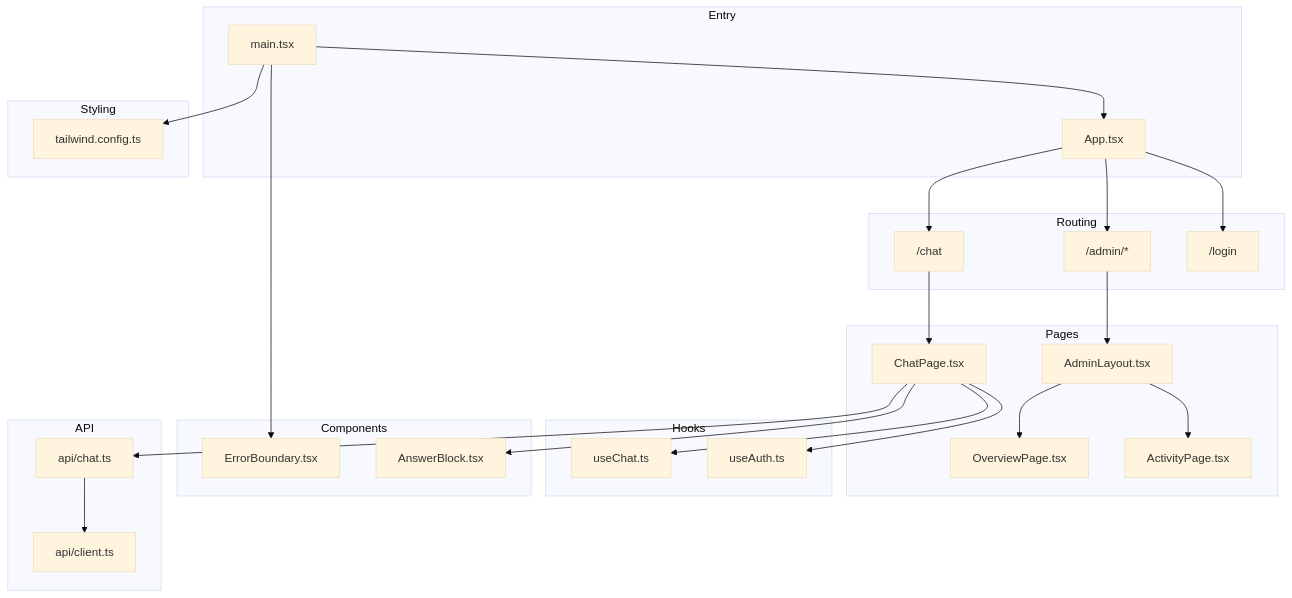
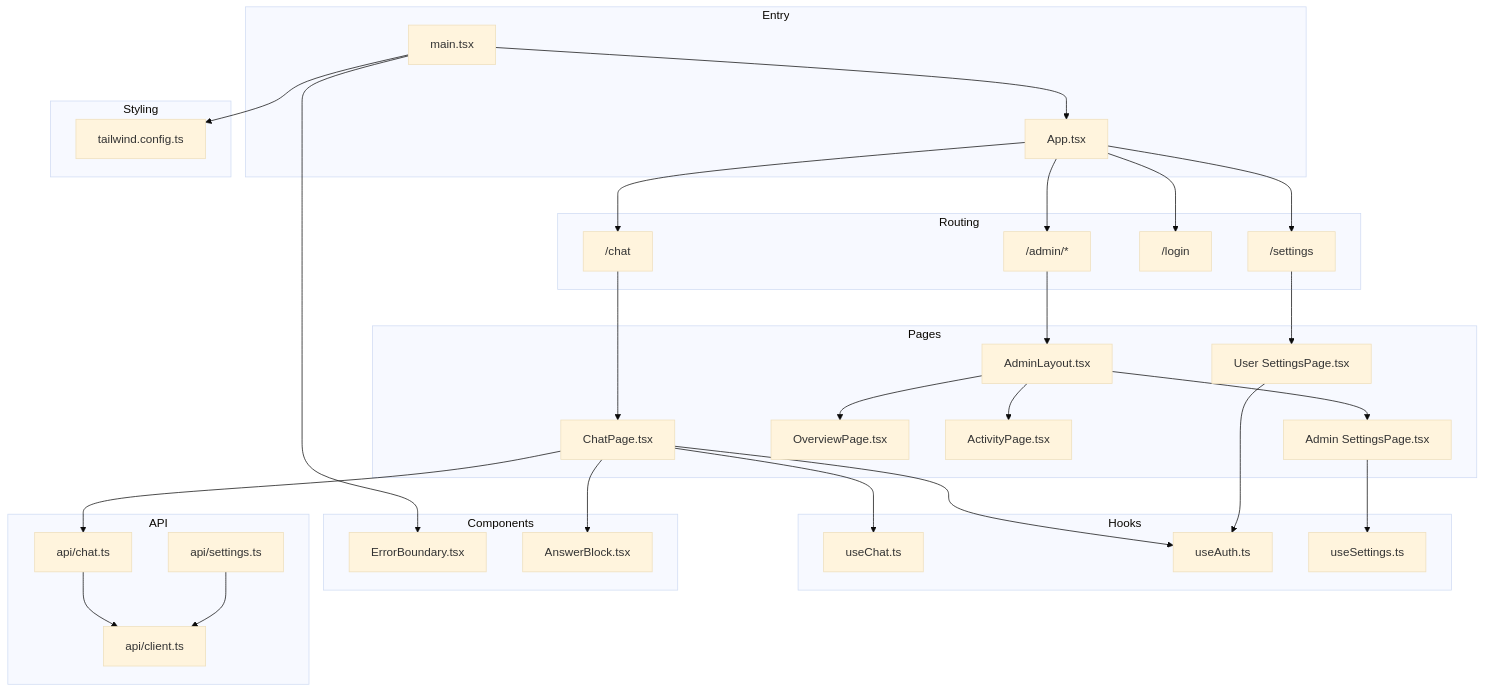
One commit to genes8/private-ai changed the first of 12 diagrams in .qoder/repowiki/en/content/Architecture and Design/Frontend Architecture.md. Above: the diagram before and after it, drawn with Mermaid (base theme). The commit also changed other lines of this file and 55 other files, not shown here.

````diff
--- a/.qoder/repowiki/en/content/Architecture and Design/Frontend Architecture.md
+++ b/.qoder/repowiki/en/content/Architecture and Design/Frontend Architecture.md
@@ -45,48 +56,59 @@
 ```mermaid
 graph TB
 subgraph "Entry"
 M["main.tsx"]
 A["App.tsx"]
 end
 subgraph "Routing"
 R1["/chat"]
 R2["/admin/*"]
 R3["/login"]
+R4["/settings"]
 end
 subgraph "Pages"
 CP["ChatPage.tsx"]
 AL["AdminLayout.tsx"]
 OP["OverviewPage.tsx"]
 AP["ActivityPage.tsx"]
+ASP["Admin SettingsPage.tsx"]
+USP["User SettingsPage.tsx"]
 end
 subgraph "Hooks"
 HC["useChat.ts"]
 HA["useAuth.ts"]
+HS["useSettings.ts"]
 end
 subgraph "Components"
 EB["ErrorBoundary.tsx"]
 AB["AnswerBlock.tsx"]
 end
 subgraph "API"
 AC["api/client.ts"]
 AS["api/chat.ts"]
+SS["api/settings.ts"]
 end
 subgraph "Styling"
 TW["tailwind.config.ts"]
 end
 M --> A
 A --> R1
 A --> R2
 A --> R3
+A --> R4
 R1 --> CP
 R2 --> AL
 AL --> OP
 AL --> AP
+AL --> ASP
+R4 --> USP
 CP --> HC
 CP --> HA
 CP --> AB
+ASP --> HS
+USP --> HA
 CP --> AS
 AS --> AC
+SS --> AC
 M --> EB
 M --> TW
 ```
````
